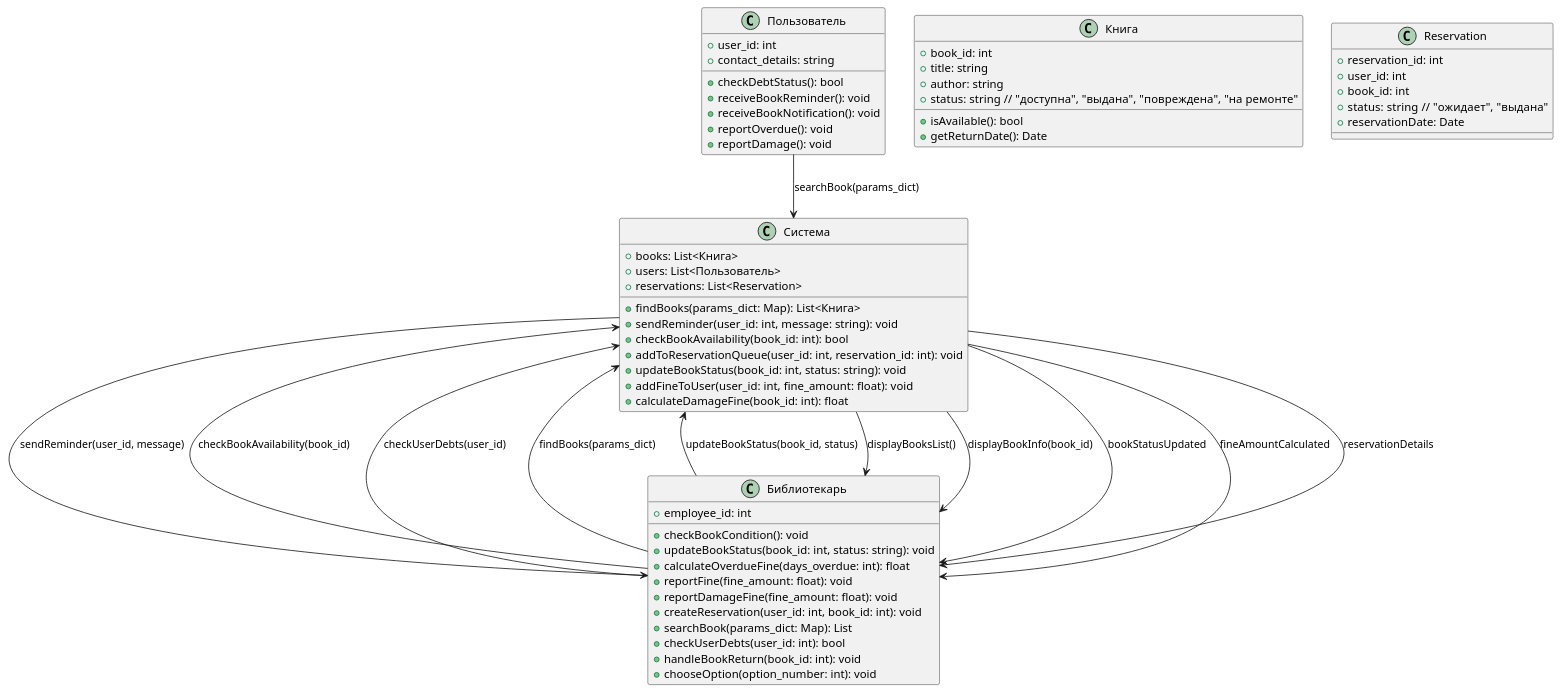
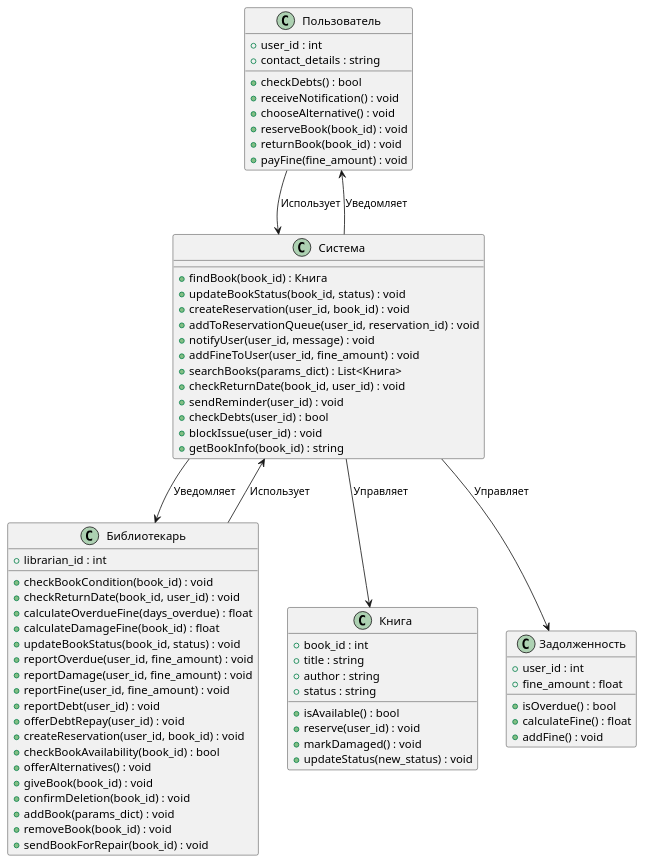
One commit to penamarth/bsbo-03-22_team1_var2 changed the diagram in Theory/class_uml.md. Above: the diagram before and after it, drawn with PlantUML.

```diff
--- a/Theory/class_uml.md
+++ b/Theory/class_uml.md
@@ -1,67 +1,76 @@
 @startuml
 class Пользователь {
-    +user_id: int
-    +contact_details: string
-    +checkDebtStatus(): bool
-    +receiveBookReminder(): void
-    +receiveBookNotification(): void
-    +reportOverdue(): void
-    +reportDamage(): void
+    +user_id : int
+    +contact_details : string
+    +checkDebts() : bool
+    +receiveNotification() : void
+    +chooseAlternative() : void
+    +reserveBook(book_id) : void
+    +returnBook(book_id) : void
+    +payFine(fine_amount) : void
 }
 
 class Библиотекарь {
-    +employee_id: int
-    +checkBookCondition(): void
-    +updateBookStatus(book_id: int, status: string): void
-    +calculateOverdueFine(days_overdue: int): float
-    +reportFine(fine_amount: float): void
-    +reportDamageFine(fine_amount: float): void
-    +createReservation(user_id: int, book_id: int): void
-    +searchBook(params_dict: Map): List
-    +checkUserDebts(user_id: int): bool
-    +handleBookReturn(book_id: int): void
-    +chooseOption(option_number: int): void
+    +librarian_id : int
+    +checkBookCondition(book_id) : void
+    +checkReturnDate(book_id, user_id) : void
+    +calculateOverdueFine(days_overdue) : float
+    +calculateDamageFine(book_id) : float
+    +updateBookStatus(book_id, status) : void
+    +reportOverdue(user_id, fine_amount) : void
+    +reportDamage(user_id, fine_amount) : void
+    +reportFine(user_id, fine_amount) : void
+    +reportDebt(user_id) : void
+    +offerDebtRepay(user_id) : void
+    +createReservation(user_id, book_id) : void
+    +checkBookAvailability(book_id) : bool
+    +offerAlternatives() : void
+    +giveBook(book_id) : void
+    +confirmDeletion(book_id) : void
+    +addBook(params_dict) : void
+    +removeBook(book_id) : void
+    +sendBookForRepair(book_id) : void
 }
 
 class Книга {
-    +book_id: int
-    +title: string
-    +author: string
-    +status: string  // "доступна", "выдана", "повреждена", "на ремонте"
-    +isAvailable(): bool
-    +getReturnDate(): Date
+    +book_id : int
+    +title : string
+    +author : string
+    +status : string
+    +isAvailable() : bool
+    +reserve(user_id) : void
+    +markDamaged() : void
+    +updateStatus(new_status) : void
+}
+
+class Задолженность {
+    +user_id : int
+    +fine_amount : float
+    +isOverdue() : bool
+    +calculateFine() : float
+    +addFine() : void
 }
 
 class Система {
-    +books: List<Книга>
-    +users: List<Пользователь>
-    +reservations: List<Reservation>
-    +findBooks(params_dict: Map): List<Книга>
-    +sendReminder(user_id: int, message: string): void
-    +checkBookAvailability(book_id: int): bool
-    +addToReservationQueue(user_id: int, reservation_id: int): void
-    +updateBookStatus(book_id: int, status: string): void
-    +addFineToUser(user_id: int, fine_amount: float): void
-    +calculateDamageFine(book_id: int): float
+    +findBook(book_id) : Книга
+    +updateBookStatus(book_id, status) : void
+    +createReservation(user_id, book_id) : void
+    +addToReservationQueue(user_id, reservation_id) : void
+    +notifyUser(user_id, message) : void
+    +addFineToUser(user_id, fine_amount) : void
+    +searchBooks(params_dict) : List<Книга>
+    +checkReturnDate(book_id, user_id) : void
+    +sendReminder(user_id) : void
+    +checkDebts(user_id) : bool
+    +blockIssue(user_id) : void
+    +getBookInfo(book_id) : string
 }
 
-class Reservation {
-    +reservation_id: int
-    +user_id: int
-    +book_id: int
-    +status: string  // "ожидает", "выдана"
-    +reservationDate: Date
-}
+Пользователь --> Система : Использует
+Библиотекарь --> Система : Использует
+Система --> Книга : Управляет
+Система --> Задолженность : Управляет
+Система --> Пользователь : Уведомляет
+Система --> Библиотекарь : Уведомляет
 
-Пользователь --> Система : searchBook(params_dict)
-Библиотекарь --> Система : checkBookAvailability(book_id)
-Библиотекарь --> Система : checkUserDebts(user_id)
-Библиотекарь --> Система : findBooks(params_dict)
-Система --> Библиотекарь : displayBooksList()
-Система --> Библиотекарь : displayBookInfo(book_id)
-Библиотекарь --> Система : updateBookStatus(book_id, status)
-Система --> Библиотекарь : bookStatusUpdated
-Система --> Библиотекарь : fineAmountCalculated
-Система --> Библиотекарь : reservationDetails
-Система --> Библиотекарь : sendReminder(user_id, message)
 @enduml
```
